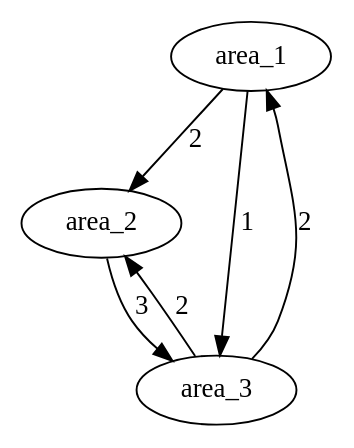
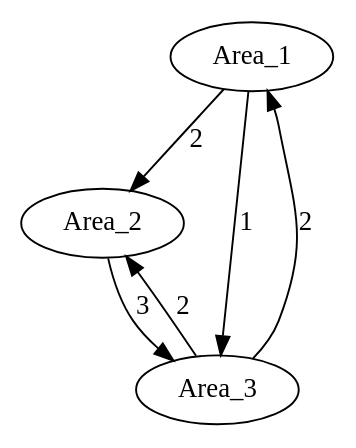
One commit to rjglasse/heatmapviz changed the diagram in results/example/graph/example.gv. Above: the diagram before and after it, drawn with Graphviz. The commit also changed 183 other files, not shown here.

```diff
--- a/results/example/graph/example.gv
+++ b/results/example/graph/example.gv
@@ -1,8 +1,8 @@
 // test
 digraph example {
-	area_1 -> area_2 [label=2]
-	area_2 -> area_3 [label=3]
-	area_3 -> area_2 [label=2]
-	area_3 -> area_1 [label=2]
-	area_1 -> area_3 [label=1]
+	Area_1 -> Area_2 [label=2]
+	Area_2 -> Area_3 [label=3]
+	Area_3 -> Area_2 [label=2]
+	Area_3 -> Area_1 [label=2]
+	Area_1 -> Area_3 [label=1]
 }
```
